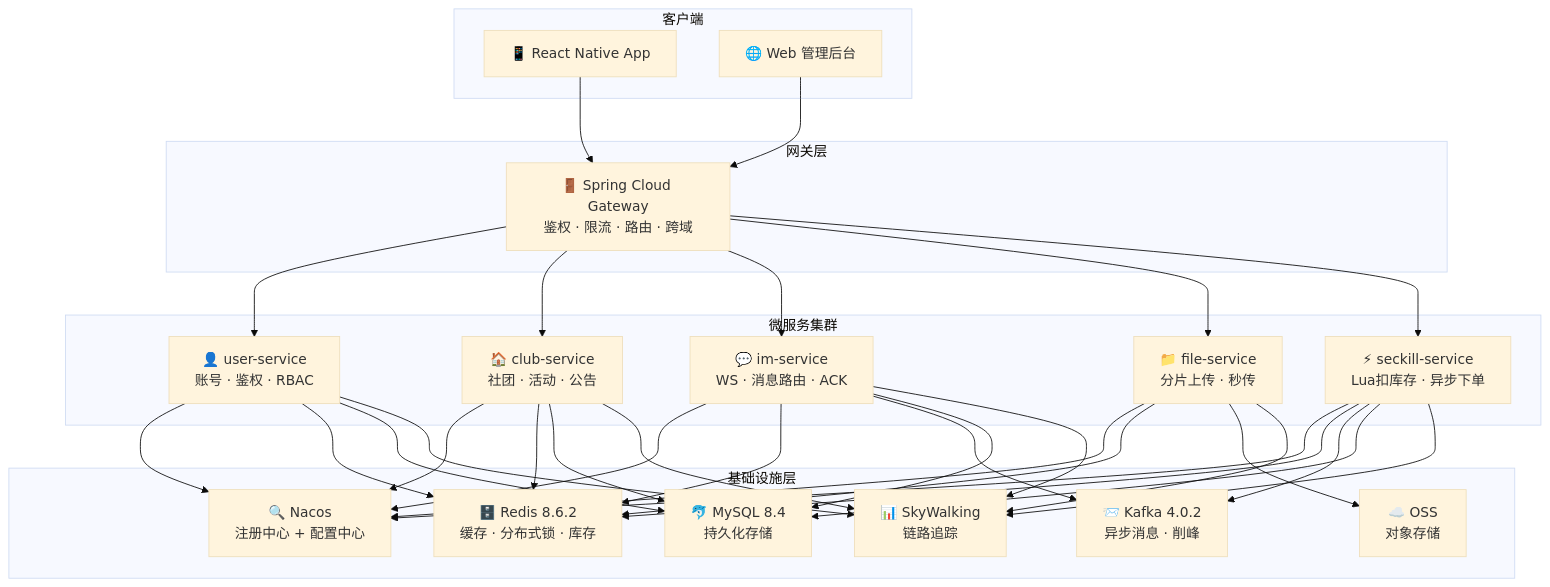
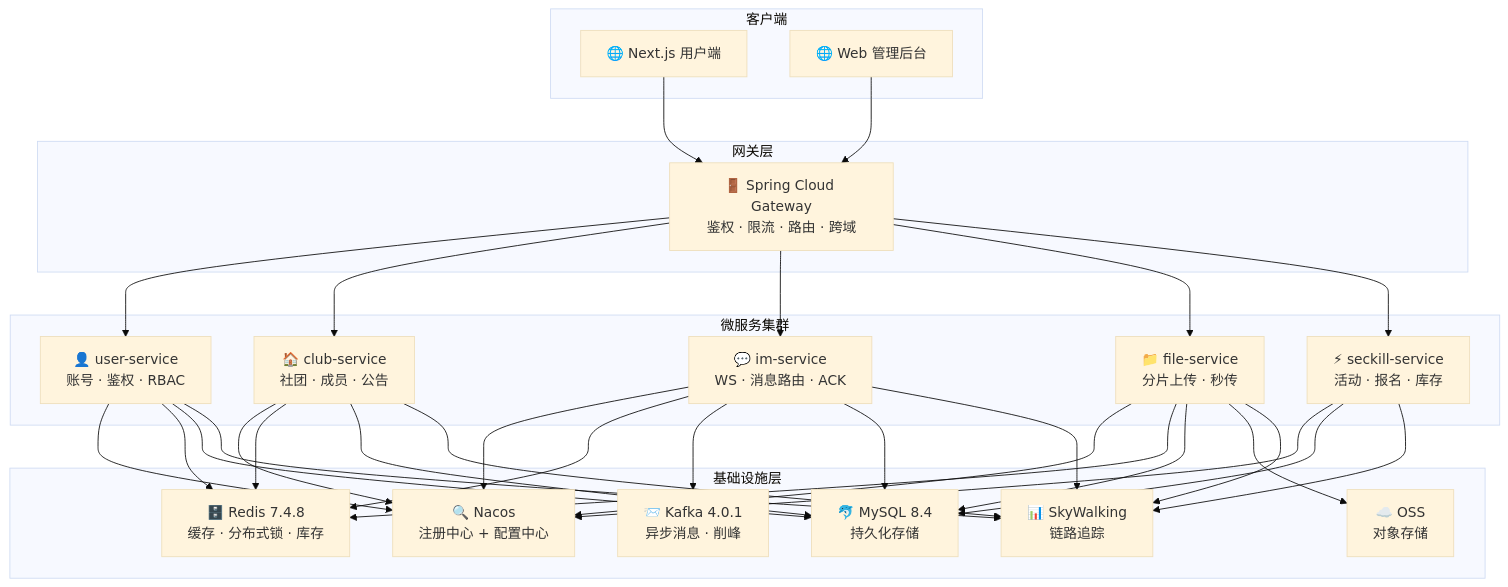
The first of 6 diagrams in docs/校园社团协作平台-技术架构与项目白皮书.md (Misaki-Akeno/campus-collab-platform), drawn with Mermaid (base theme) before and after one commit. The commit also changed other lines of this file and 42 other files, not shown here.

````diff
--- a/docs/校园社团协作平台-技术架构与项目白皮书.md
+++ b/docs/校园社团协作平台-技术架构与项目白皮书.md
@@ -71,38 +62,38 @@
 ```mermaid
 graph TB
     subgraph 客户端
-        Mobile["📱 React Native App"]
+        Mobile["🌐 Next.js 用户端"]
         Web["🌐 Web 管理后台"]
     end
 
     subgraph 网关层
         GW["🚪 Spring Cloud Gateway<br/>鉴权 · 限流 · 路由 · 跨域"]
     end
 
     subgraph 微服务集群
         US["👤 user-service<br/>账号 · 鉴权 · RBAC"]
-        CS["🏠 club-service<br/>社团 · 活动 · 公告"]
+        CS["🏠 club-service<br/>社团 · 成员 · 公告"]
         IS["💬 im-service<br/>WS · 消息路由 · ACK"]
         FS["📁 file-service<br/>分片上传 · 秒传"]
-        SS["⚡ seckill-service<br/>Lua扣库存 · 异步下单"]
+        SS["⚡ seckill-service<br/>活动 · 报名 · 库存"]
     end
 
     subgraph 基础设施层
         Nacos["🔍 Nacos<br/>注册中心 + 配置中心"]
-        Redis["🗄️ Redis 8.6.2<br/>缓存 · 分布式锁 · 库存"]
+        Redis["🗄️ Redis 7.4.8<br/>缓存 · 分布式锁 · 库存"]
         MySQL["🐬 MySQL 8.4<br/>持久化存储"]
-        Kafka["📨 Kafka 4.0.2<br/>异步消息 · 削峰"]
+        Kafka["📨 Kafka 4.0.1<br/>异步消息 · 削峰"]
         OSS["☁️ OSS<br/>对象存储"]
         Sky["📊 SkyWalking<br/>链路追踪"]
     end
 
     Mobile & Web --> GW
     GW --> US & CS & IS & FS & SS
     US & CS & IS & FS & SS --> Nacos
     US --> Redis & MySQL
     CS --> Redis & MySQL
     IS --> Redis & Kafka & MySQL
-    FS --> Redis & OSS
-    SS --> Redis & Kafka & MySQL
+    FS --> Redis & MySQL & OSS
+    SS --> MySQL
     US & CS & IS & FS & SS --> Sky
 ```
````
